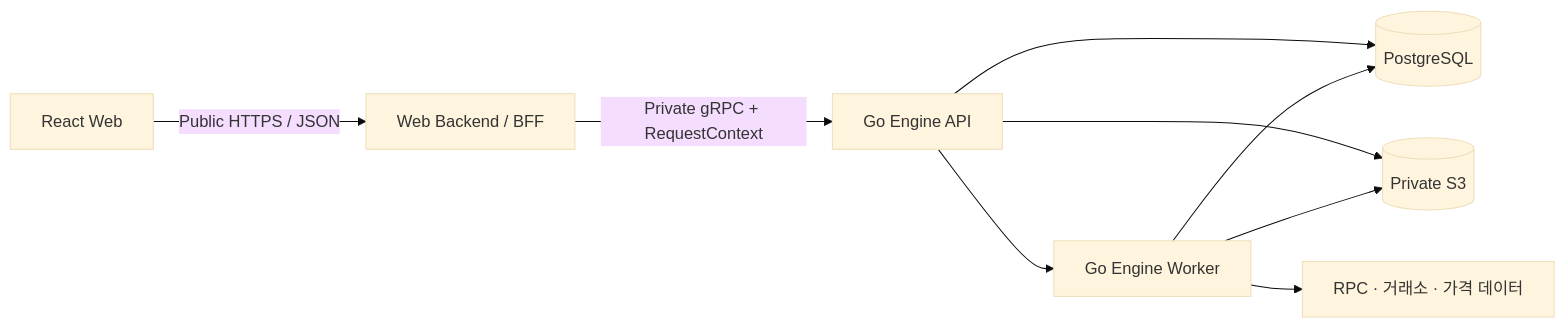
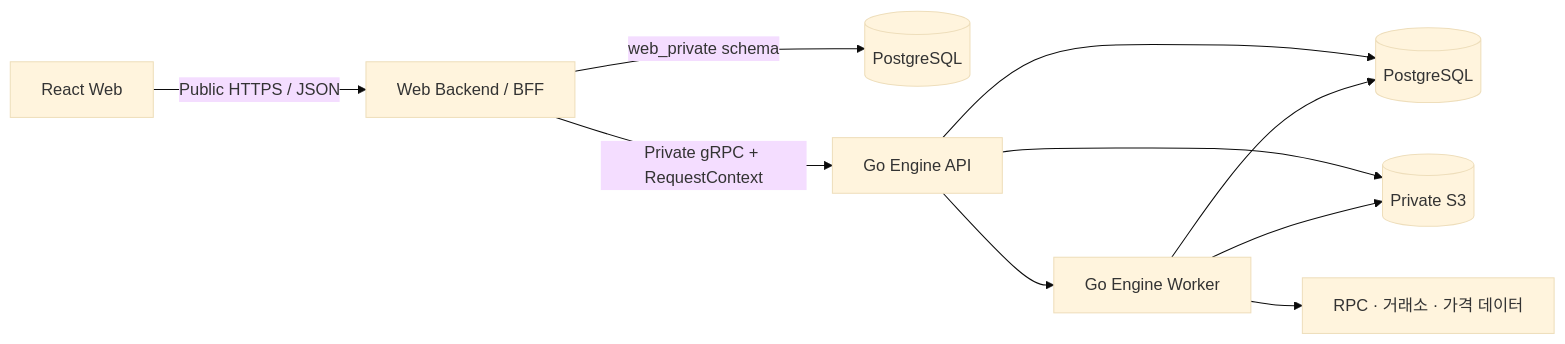
Before and after one commit to BackwardLabs/daejang: the first of 2 diagrams in docs/00-web-app-technical-spec.md, drawn with Mermaid (base theme). The commit also changed other lines of this file and 34 other files, not shown here.

Commit message:
feat: harden web API authentication

````diff
--- a/docs/00-web-app-technical-spec.md
+++ b/docs/00-web-app-technical-spec.md
@@ -43,11 +45,12 @@
 ```mermaid
 flowchart LR
   browser[React Web] -->|Public HTTPS / JSON| webApi[Web Backend / BFF]
+  webApi -->|web_private schema| webDb[(PostgreSQL)]
   webApi -->|Private gRPC + RequestContext| engineApi[Go Engine API]
   engineApi --> worker[Go Engine Worker]
   engineApi --> postgres[(PostgreSQL)]
   engineApi --> storage[(Private S3)]
   worker --> postgres
   worker --> storage
   worker --> external[RPC · 거래소 · 가격 데이터]
 ```
````
